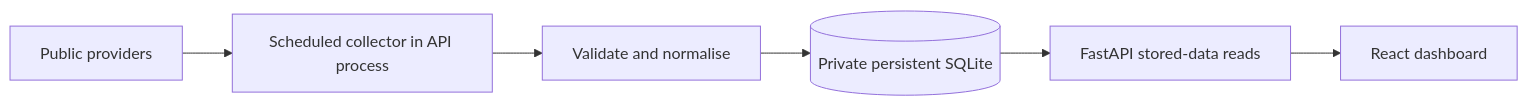
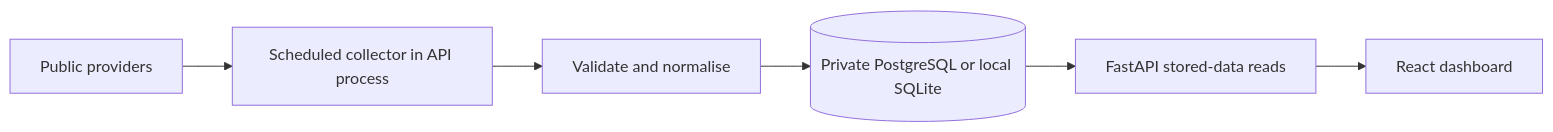
Before and after one commit to 23f3000434/economic-indicators-dashboard: the diagram in docs/architecture.md, drawn with Mermaid. The commit also changed other lines of this file and 34 other files, not shown here.

````diff
--- a/docs/architecture.md
+++ b/docs/architecture.md
@@ -5,8 +5,8 @@
 ```mermaid
 flowchart LR
     P[Public providers] --> C[Scheduled collector in API process]
     C --> V[Validate and normalise]
-    V --> D[(Private persistent SQLite)]
+    V --> D[(Private PostgreSQL or local SQLite)]
     D --> A[FastAPI stored-data reads]
     A --> R[React dashboard]
 ```
````
